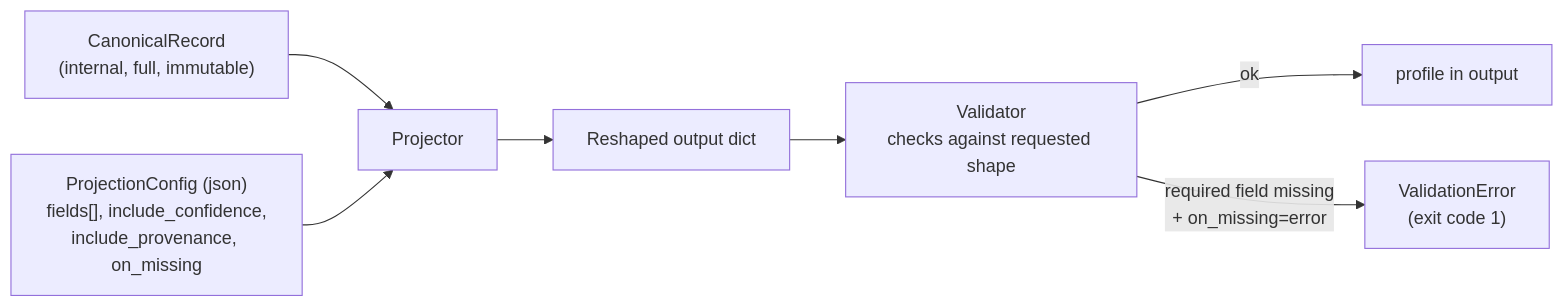
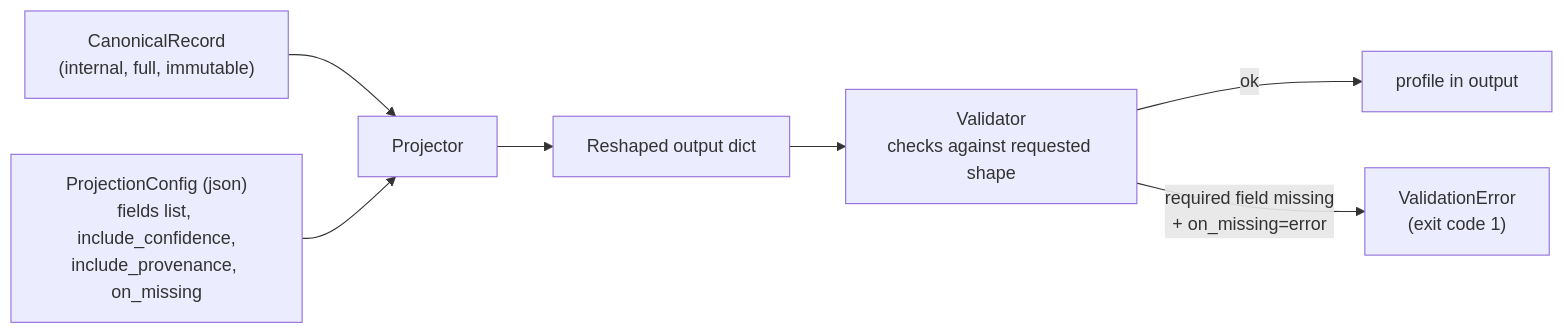
Before and after one commit to amrith-git-01/candidate-data-transformer: the third of 3 diagrams in README.md, drawn with Mermaid. The commit also changed other lines of this file and 3 other files, not shown here.

````diff
--- a/README.md
+++ b/README.md
@@ -188,9 +188,9 @@
 ```mermaid
 flowchart LR
     CR["CanonicalRecord\n(internal, full, immutable)"] --> PROJ["Projector"]
-    CFG["ProjectionConfig (json)\nfields[], include_confidence,\ninclude_provenance, on_missing"] --> PROJ
+    CFG["ProjectionConfig (json)\nfields list, include_confidence,\ninclude_provenance, on_missing"] --> PROJ
     PROJ --> RESHAPED["Reshaped output dict"]
     RESHAPED --> VAL["Validator\nchecks against requested shape"]
     VAL -- "ok" --> PROFILE["profile in output"]
     VAL -- "required field missing\n+ on_missing=error" --> FAIL["ValidationError\n(exit code 1)"]
 ```
````
